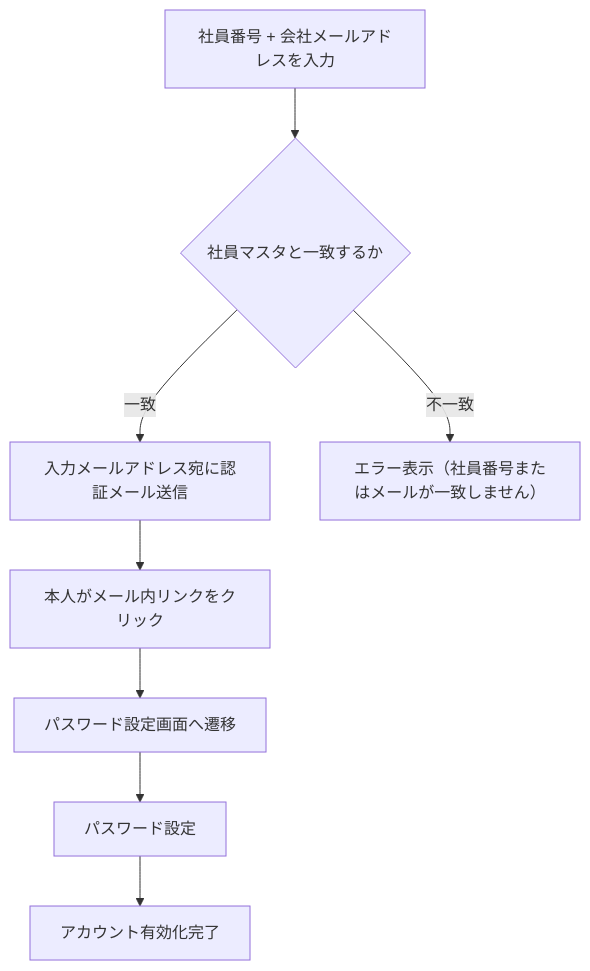
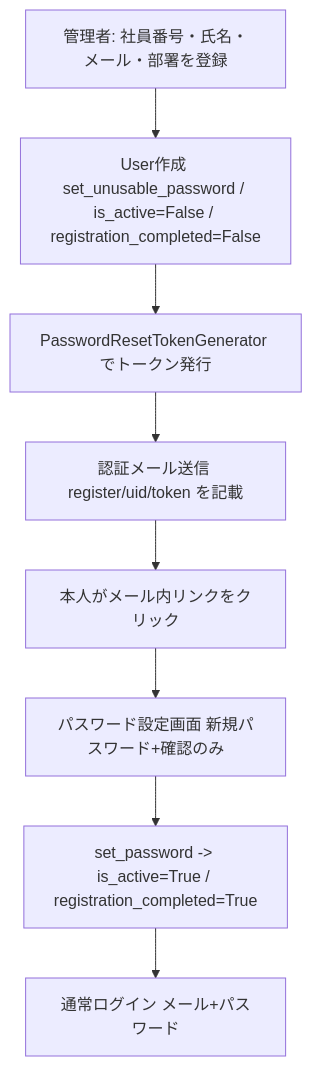
One commit to fujosofttech/Presence-Board changed the first of 2 diagrams in docs/design/07_認証設計.md. Above: the diagram before and after it, drawn with Mermaid. The commit also changed other lines of this file, not shown here.

````diff
--- a/docs/design/07_認証設計.md
+++ b/docs/design/07_認証設計.md
@@ -30,10 +32,10 @@
 ```mermaid
 flowchart TD
-    A[社員番号 + 会社メールアドレスを入力] --> B{社員マスタと一致するか}
-    B -->|一致| C[入力メールアドレス宛に認証メール送信]
-    B -->|不一致| D[エラー表示（社員番号またはメールが一致しません）]
-    C --> E[本人がメール内リンクをクリック]
-    E --> F[パスワード設定画面へ遷移]
-    F --> G[パスワード設定]
-    G --> H[アカウント有効化完了]
+    A1[管理者: 社員番号・氏名・メール・部署を登録] --> A2[User作成 set_unusable_password / is_active=False / registration_completed=False]
+    A2 --> B[PasswordResetTokenGenerator でトークン発行]
+    B --> C[認証メール送信 register/uid/token を記載]
+    C --> D[本人がメール内リンクをクリック]
+    D --> E[パスワード設定画面 新規パスワード+確認のみ]
+    E --> F[set_password -> is_active=True / registration_completed=True]
+    F --> G[通常ログイン メール+パスワード]
 ```
````
